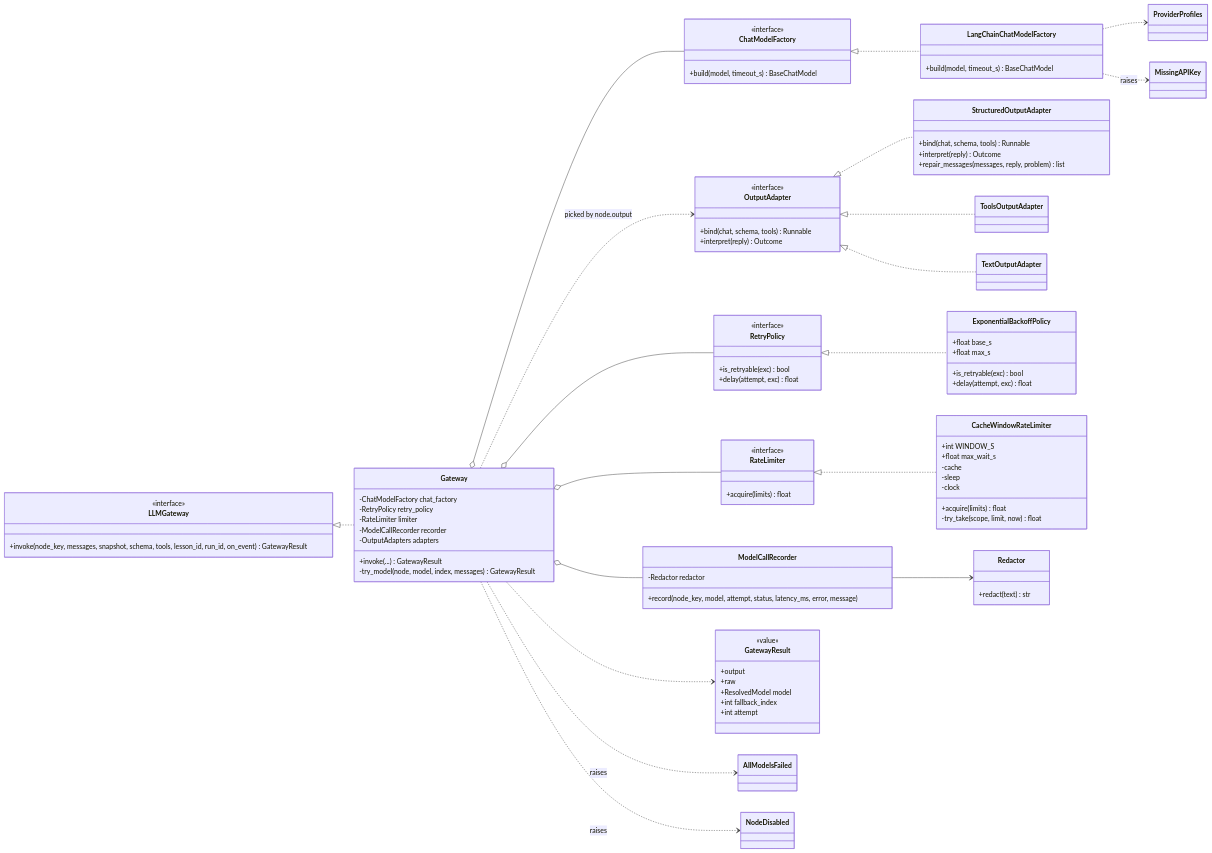
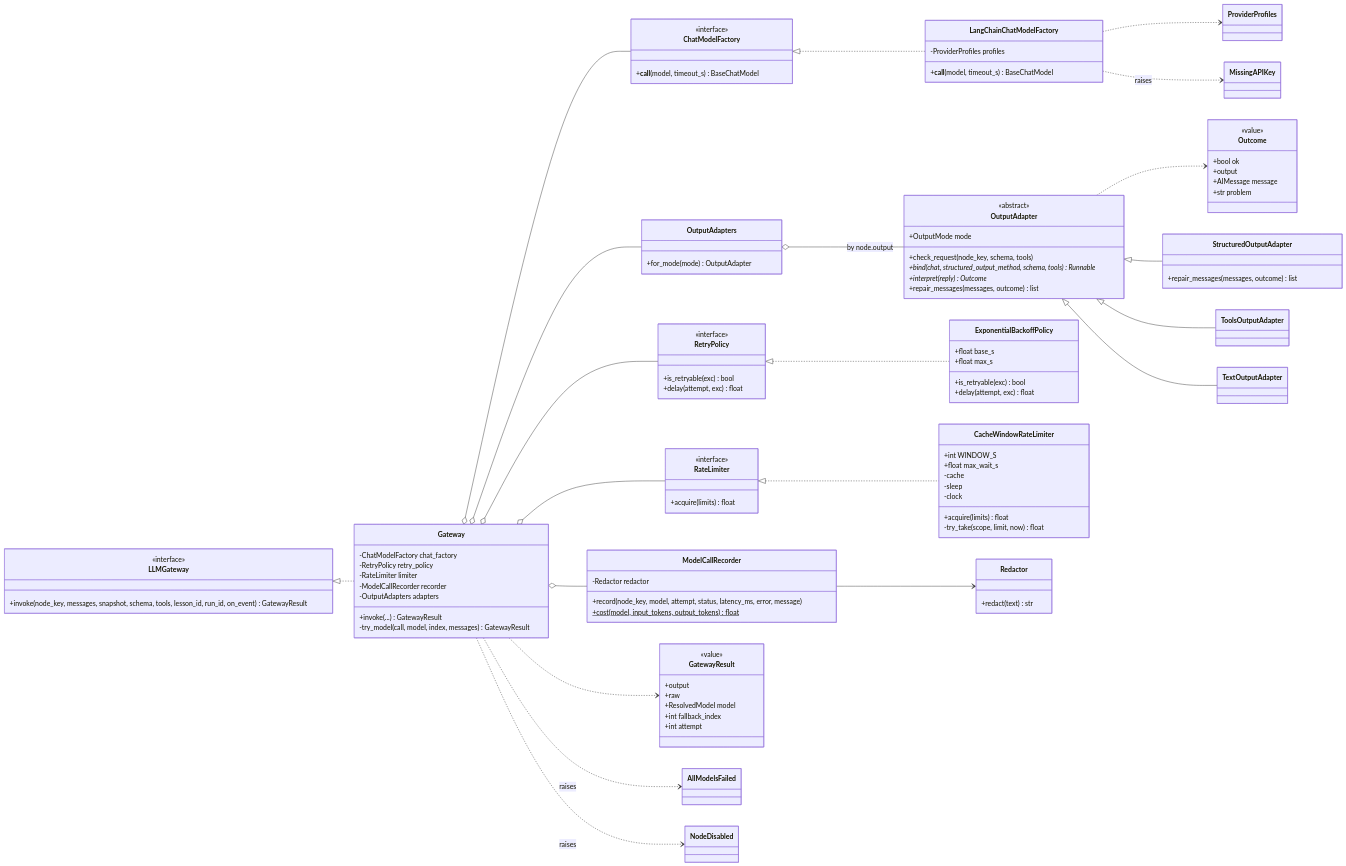
One commit to Satyamkumarjha4/Intelilearn changed the fifth of 14 diagrams in docs/design.md. Above: the diagram before and after it, drawn with Mermaid. The commit also changed other lines of this file and 14 other files, not shown here.

```diff
--- a/docs/design.md
+++ b/docs/design.md
@@ -433,24 +433,36 @@
         -ModelCallRecorder recorder
         -OutputAdapters adapters
         +invoke(...) GatewayResult
-        -try_model(node, model, index, messages) GatewayResult
+        -try_model(call, model, index, messages) GatewayResult
     }
     class ChatModelFactory {
         <<interface>>
-        +build(model, timeout_s) BaseChatModel
+        +__call__(model, timeout_s) BaseChatModel
     }
     class LangChainChatModelFactory {
-        +build(model, timeout_s) BaseChatModel
+        -ProviderProfiles profiles
+        +__call__(model, timeout_s) BaseChatModel
     }
     class OutputAdapter {
-        <<interface>>
-        +bind(chat, schema, tools) Runnable
-        +interpret(reply) Outcome
+        <<abstract>>
+        +OutputMode mode
+        +check_request(node_key, schema, tools)
+        +bind(chat, structured_output_method, schema, tools)* Runnable
+        +interpret(reply)* Outcome
+        +repair_messages(messages, outcome) list
+    }
+    class Outcome {
+        <<value>>
+        +bool ok
+        +output
+        +AIMessage message
+        +str problem
+    }
+    class OutputAdapters {
+        +for_mode(mode) OutputAdapter
     }
     class StructuredOutputAdapter {
-        +bind(chat, schema, tools) Runnable
-        +interpret(reply) Outcome
-        +repair_messages(messages, reply, problem) list
+        +repair_messages(messages, outcome) list
     }
     class ToolsOutputAdapter
     class TextOutputAdapter
@@ -481,6 +493,7 @@
     class ModelCallRecorder {
         -Redactor redactor
         +record(node_key, model, attempt, status, latency_ms, error, message)
+        +cost(model, input_tokens, output_tokens)$ float
     }
     class Redactor {
         +redact(text) str
@@ -502,16 +515,18 @@
     Gateway o-- RetryPolicy
     Gateway o-- RateLimiter
     Gateway o-- ModelCallRecorder
-    Gateway ..> OutputAdapter : picked by node.output
+    Gateway o-- OutputAdapters
+    OutputAdapters o-- OutputAdapter : by node.output
+    OutputAdapter ..> Outcome
     Gateway ..> GatewayResult
     Gateway ..> AllModelsFailed : raises
     Gateway ..> NodeDisabled : raises
     ChatModelFactory <|.. LangChainChatModelFactory
     LangChainChatModelFactory ..> ProviderProfiles
     LangChainChatModelFactory ..> MissingAPIKey : raises
-    OutputAdapter <|.. StructuredOutputAdapter
-    OutputAdapter <|.. ToolsOutputAdapter
-    OutputAdapter <|.. TextOutputAdapter
+    OutputAdapter <|-- StructuredOutputAdapter
+    OutputAdapter <|-- ToolsOutputAdapter
+    OutputAdapter <|-- TextOutputAdapter
     RetryPolicy <|.. ExponentialBackoffPolicy
     RateLimiter <|.. CacheWindowRateLimiter
     ModelCallRecorder --> Redactor
```
